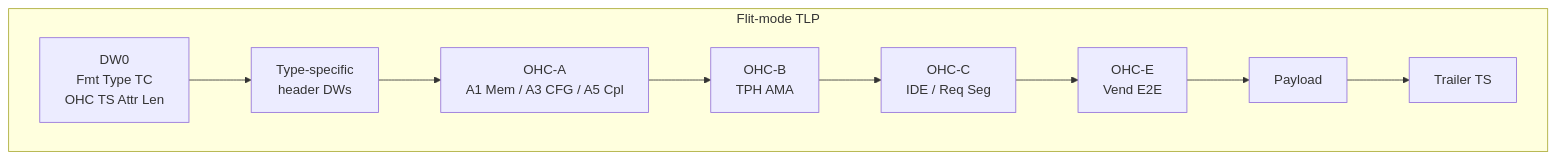
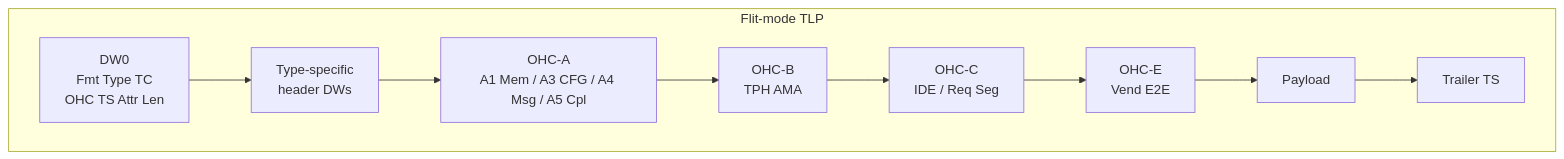
One commit to abhi090699/HLS-Bridge changed the first of 6 diagrams in tlp_flit_mode_mem_cfg_ohc.md. Above: the diagram before and after it, drawn with Mermaid. The commit also changed other lines of this file and 1 other file, not shown here.

First line of the commit message:
Document Flit-mode Message TLP fields and OHC-A4/C diagrams.

````diff
--- a/tlp_flit_mode_mem_cfg_ohc.md
+++ b/tlp_flit_mode_mem_cfg_ohc.md
@@ -13,15 +13,15 @@
 ```mermaid
 flowchart LR
   subgraph tlp["Flit-mode TLP"]
     direction LR
     DW0["DW0<br/>Fmt Type TC<br/>OHC TS Attr Len"]
     HDR["Type-specific<br/>header DWs"]
-    OA["OHC-A<br/>A1 Mem / A3 CFG / A5 Cpl"]
+    OA["OHC-A<br/>A1 Mem / A3 CFG / A4 Msg / A5 Cpl"]
     OB["OHC-B<br/>TPH AMA"]
     OC["OHC-C<br/>IDE / Req Seg"]
     OE["OHC-E<br/>Vend E2E"]
     PL["Payload"]
     TS["Trailer TS"]
     DW0 --> HDR --> OA --> OB --> OC --> OE --> PL --> TS
   end
 ```
````
